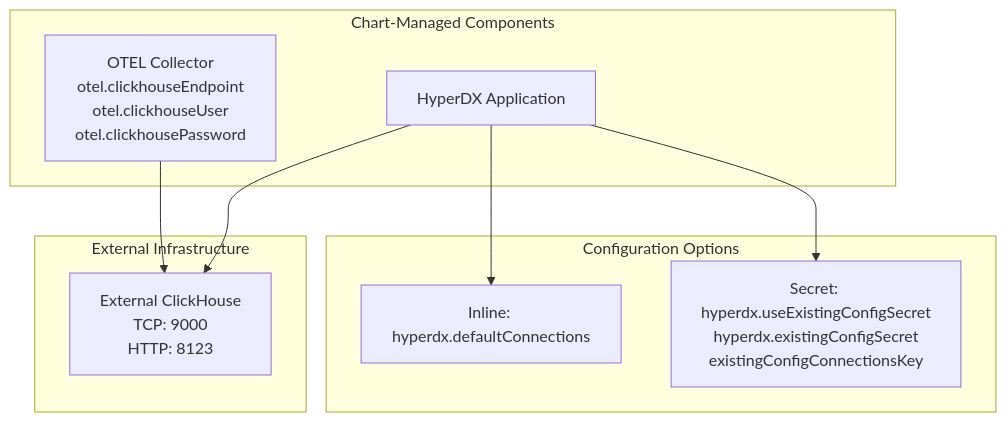
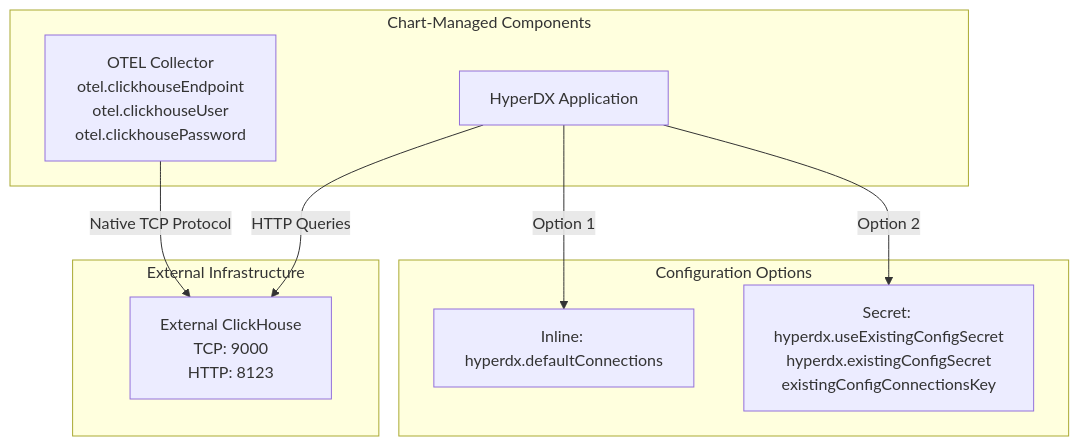
One commit to openchoreo/openchoreo changed the third of 6 diagrams in docs/hyperdxio-helm-charts-docs/Deployment-Scenarios.md. Above: the diagram before and after it, drawn with Mermaid. The commit also changed other lines of this file and 85 other files, not shown here.

Commit message:
feat: Add new workflow and specification templates, update Helm chart dependencies, and clarify documentation diagrams.

````diff
--- a/docs/hyperdxio-helm-charts-docs/Deployment-Scenarios.md
+++ b/docs/hyperdxio-helm-charts-docs/Deployment-Scenarios.md
@@ -169,28 +169,28 @@
 ```mermaid
 flowchart TD
 
 App["HyperDX Application"]
 OTEL["OTEL Collector<br>otel.clickhouseEndpoint<br>otel.clickhouseUser<br>otel.clickhousePassword"]
 ExtCH["External ClickHouse<br>TCP: 9000<br>HTTP: 8123"]
 Inline["Inline: hyperdx.defaultConnections"]
 Secret["Secret: hyperdx.useExistingConfigSecret<br>hyperdx.existingConfigSecret<br>existingConfigConnectionsKey"]
 
-App --> ExtCH
-OTEL --> ExtCH
-App --> Inline
-App --> Secret
+App -->|"HTTP Queries"| ExtCH
+OTEL -->|"Native TCP Protocol"| ExtCH
+App -->|"Option 1"| Inline
+App -->|"Option 2"| Secret
 
 subgraph ConfigOptions ["Configuration Options"]
     Inline
     Secret
 end
 
 subgraph ExternalInfra ["External Infrastructure"]
     ExtCH
 end
 
 subgraph HelmChart ["Chart-Managed Components"]
     App
     OTEL
 end
 ```
````
